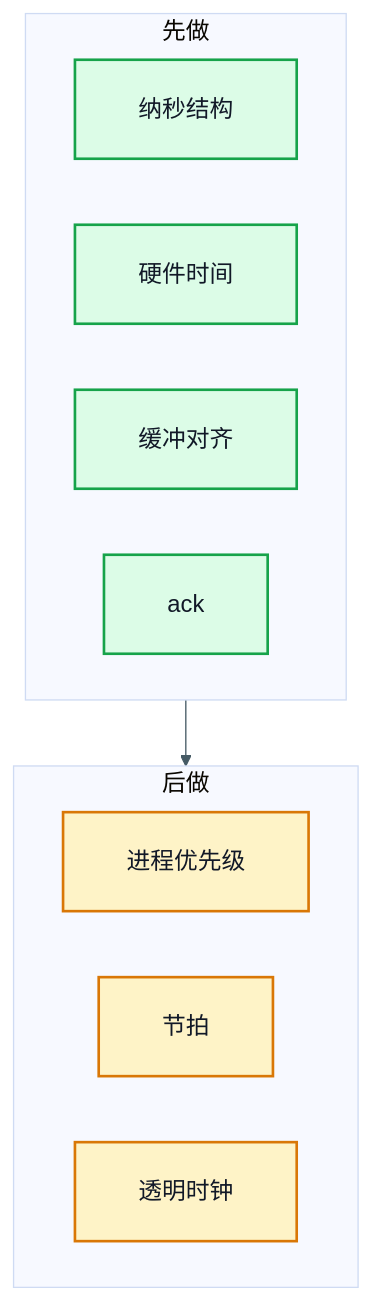
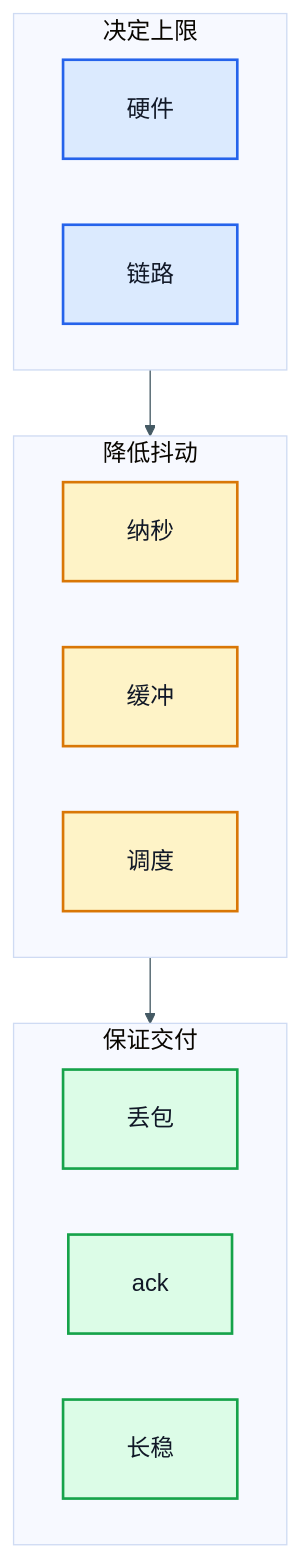
One commit to DeguiLiu/tech-notes changed the fourth of 4 diagrams in content/posts/performance/ptp_precision_optimization.md. Above: the diagram before and after it, drawn with Mermaid. The commit also changed other lines of this file and 1 other file, not shown here.

Commit message:
story-docs(blog): refine PTP precision post structure and diagrams

````diff
--- a/content/posts/performance/ptp_precision_optimization.md
+++ b/content/posts/performance/ptp_precision_optimization.md
@@ -300,20 +252,25 @@
 ```mermaid
 %%{init: {"theme":"base","themeVariables":{"fontFamily":"sans-serif","fontSize":"18px","lineColor":"#455A64"},"flowchart":{"htmlLabels":true,"padding":24}}}%%
 flowchart TB
-    subgraph MUST["先做"]
-        A["纳秒结构"]
-        B["硬件时间"]
-        C["缓冲对齐"]
-        D["ack"]
+    subgraph U["决定上限"]
+        A["硬件"]
+        B["链路"]
     end
-    subgraph LATER["后做"]
-        E["进程优先级"]
-        F["节拍"]
-        G["透明时钟"]
+    subgraph J["降低抖动"]
+        C["纳秒"]
+        D["缓冲"]
+        E["调度"]
     end
-    MUST --> LATER
-    classDef must fill:#DCFCE7,stroke:#16A34A,stroke-width:2px,color:#111827
-    classDef later fill:#FEF3C7,stroke:#D97706,stroke-width:2px,color:#111827
-    class A,B,C,D must
-    class E,F,G later
+    subgraph L["保证交付"]
+        F["丢包"]
+        G["ack"]
+        H["长稳"]
+    end
+    U --> J --> L
+    classDef upper fill:#DBEAFE,stroke:#2563EB,stroke-width:2px,color:#111827
+    classDef jitter fill:#FEF3C7,stroke:#D97706,stroke-width:2px,color:#111827
+    classDef deliver fill:#DCFCE7,stroke:#16A34A,stroke-width:2px,color:#111827
+    class A,B upper
+    class C,D,E jitter
+    class F,G,H deliver
 ```
````
